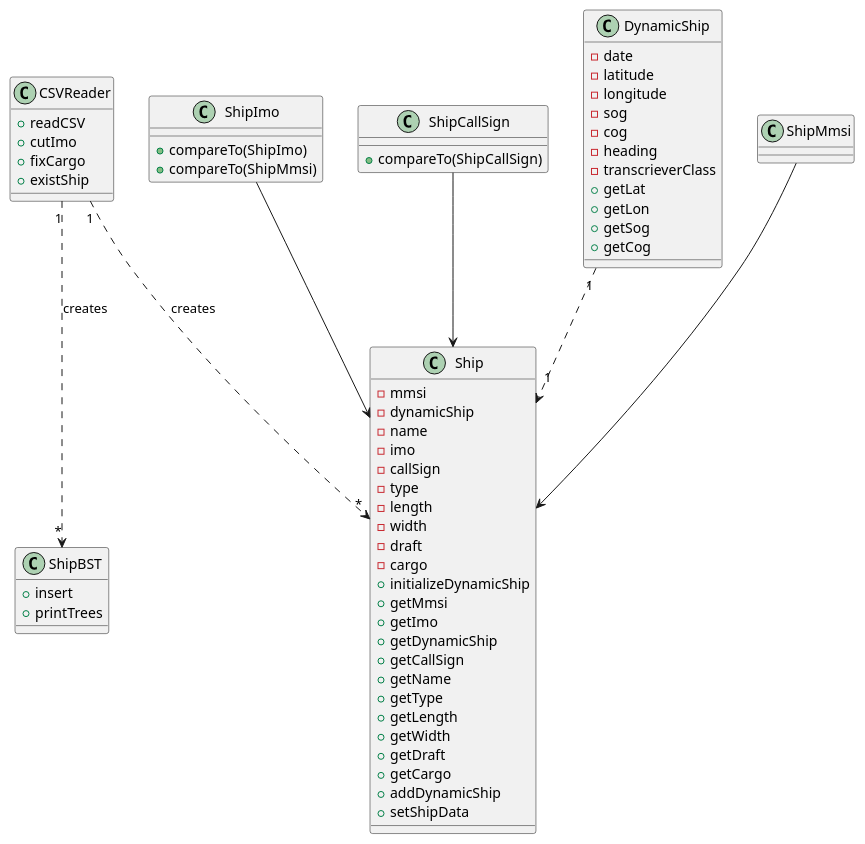
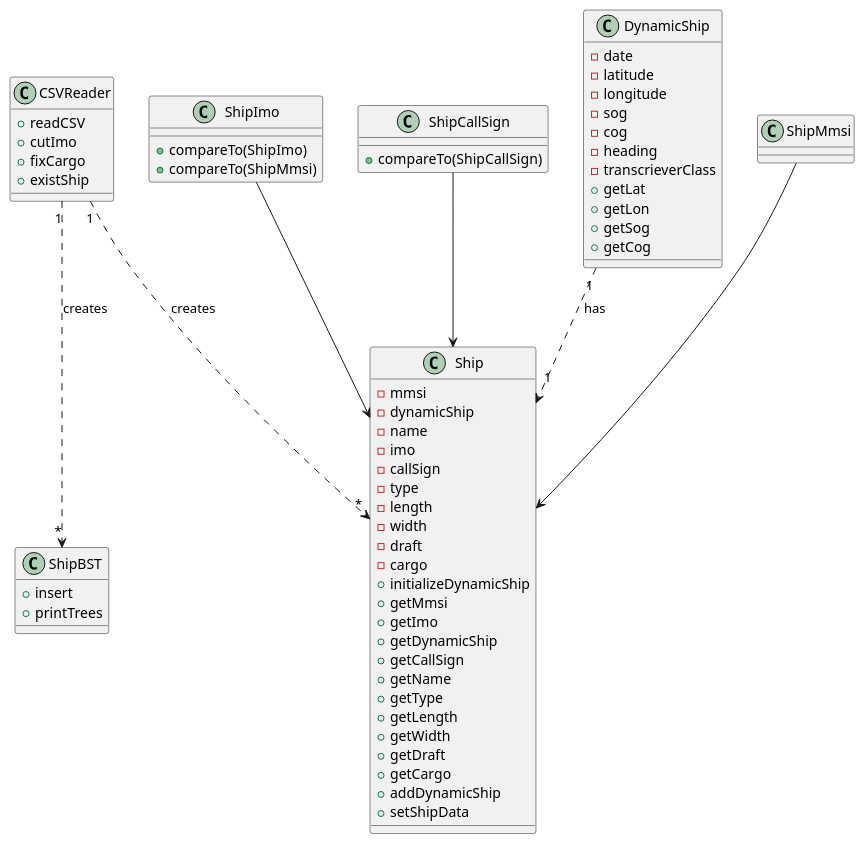
The diagram in docs/Sprint 1/US101/CD_US101.puml (jsmarques98/LAPR3-ISEP), drawn with PlantUML before and after one commit. The commit also changed 2 other files, not shown here.

```diff
--- a/docs/Sprint 1/US101/CD_US101.puml
+++ b/docs/Sprint 1/US101/CD_US101.puml
@@ -1,78 +1,78 @@
 @startuml
 
 skinparam classAtributionIconSize 0
 
 
 class Ship {
     -mmsi
     -dynamicShip
     -name
     -imo
     -callSign
     -type
     -length
     -width
     -draft
     -cargo
     +initializeDynamicShip
     +getMmsi
     +getImo
     +getDynamicShip
     +getCallSign
     +getName
     +getType
     +getLength
     +getWidth
     +getDraft
     +getCargo
     +addDynamicShip
     +setShipData
   }
 
 class ShipBST {
     +insert
     +printTrees
 }
 
 class CSVReader {
     +readCSV
     +cutImo
     +fixCargo
     +existShip
 }
 
 class ShipImo {
     +compareTo(ShipImo)
 }
 
 class ShipCallSign {
     +compareTo(ShipCallSign)
 }
 
 class ShipImo {
     +compareTo(ShipMmsi)
 }
 
 class DynamicShip {
     -date
     -latitude
     -longitude
     -sog
     -cog
     -heading
     -transcrieverClass
     +getLat
     +getLon
     +getSog
     +getCog
 }
 
 
 CSVReader "1" ..> "*" Ship  : creates
 CSVReader "1" ..> "*" ShipBST  : creates
 ShipImo  -->  Ship
 ShipCallSign --> Ship
 ShipMmsi --> Ship
-DynamicShip "1" ..> "1" Ship
+DynamicShip "1" ..> "1" Ship : has
 
 @enduml
```
